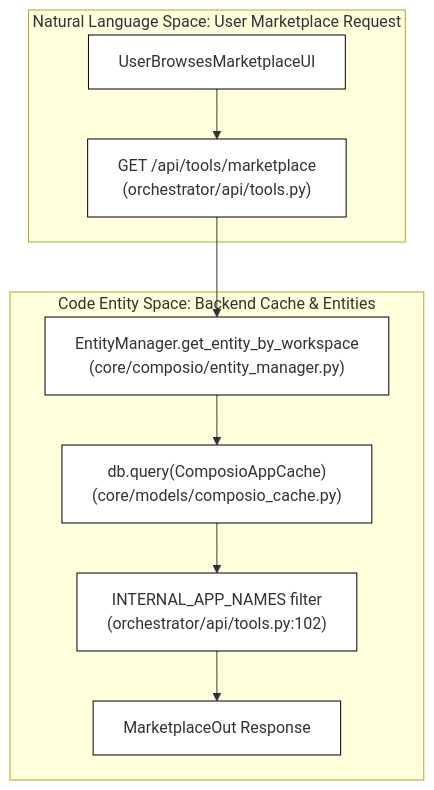
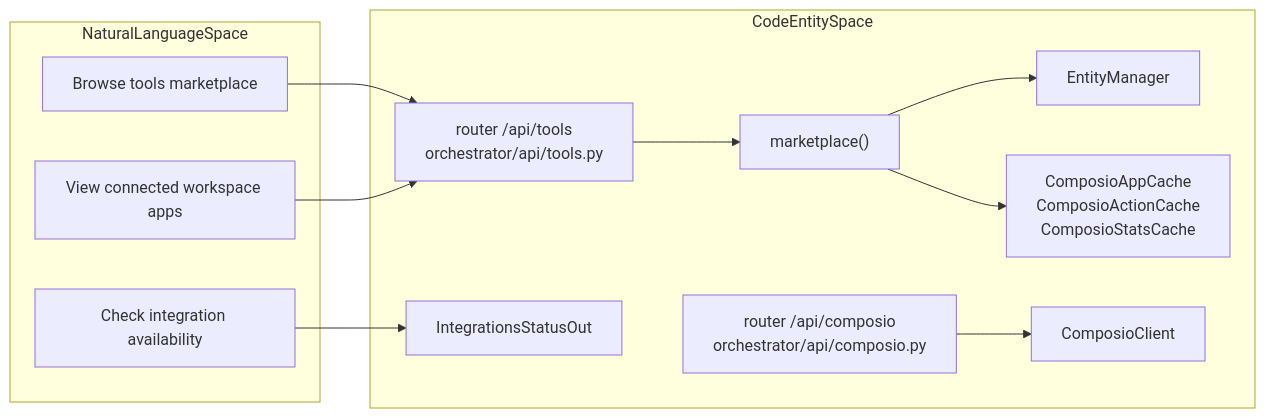
Before and after one commit to AutomatosAI/automatos-ai: the first of 3 diagrams in docs/tools-integrations/tools-api-reference.md, drawn with Mermaid. The commit also changed other lines of this file and 188 other files, not shown here.

First line of the commit message:
docs: refresh architecture docs and add coverage for new subsystems (#1416)

````diff
--- a/docs/tools-integrations/tools-api-reference.md
+++ b/docs/tools-integrations/tools-api-reference.md
@@ -54,15 +54,26 @@
 ```mermaid
-graph TB
-    subgraph "Natural Language Space: User Marketplace Request"
-        ClientReq["UserBrowsesMarketplaceUI"] --> ApiRoute["GET /api/tools/marketplace<br/>(orchestrator/api/tools.py)"]
-    end
-    
-    subgraph "Code Entity Space: Backend Cache & Entities"
-        ApiRoute --> EntityManagerCall["EntityManager.get_entity_by_workspace<br/>(core/composio/entity_manager.py)"]
-        EntityManagerCall --> DbQuery["db.query(ComposioAppCache)<br/>(core/models/composio_cache.py)"]
-        DbQuery --> FilterInternal["INTERNAL_APP_NAMES filter<br/>(orchestrator/api/tools.py:102)"]
-        FilterInternal --> ReturnJson["MarketplaceOut Response"]
+flowchart LR
+    subgraph "NaturalLanguageSpace"
+        Browse["Browse tools marketplace"]
+        WorkspaceApps["View connected workspace apps"]
+        Status["Check integration availability"]
     end
 
-    classDef default fill:#fff,stroke:#000,stroke-width:1px;
+    subgraph "CodeEntitySpace"
+        ToolsRouter["router /api/tools<br/>orchestrator/api/tools.py"]
+        Marketplace["marketplace()"]
+        EntityManager["EntityManager"]
+        CacheModels["ComposioAppCache<br/>ComposioActionCache<br/>ComposioStatsCache"]
+        StatusOut["IntegrationsStatusOut"]
+        ComposioRouter["router /api/composio<br/>orchestrator/api/composio.py"]
+        ComposioClient["ComposioClient"]
+    end
+
+    Browse --> ToolsRouter
+    ToolsRouter --> Marketplace
+    Marketplace --> EntityManager
+    Marketplace --> CacheModels
+    WorkspaceApps --> ToolsRouter
+    Status --> StatusOut
+    ComposioRouter --> ComposioClient
 ```
````
